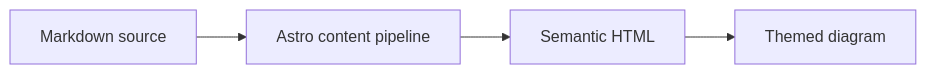
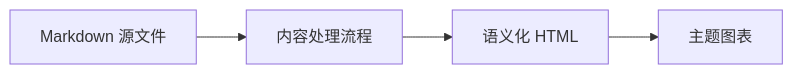
Before and after one commit to ynx-official/Shirone: the diagram in nuxt4/content/posts/markdown-extended.md, drawn with Mermaid. The commit also changed other lines of this file and 99 other files, not shown here.

````diff
--- a/nuxt4/content/posts/markdown-extended.md
+++ b/nuxt4/content/posts/markdown-extended.md
@@ -28,8 +29,8 @@
 ```mermaid
 flowchart LR
-    accTitle: Markdown rendering pipeline
-    accDescr: Markdown source is transformed into semantic HTML and then enhanced as a themed SVG diagram.
-    A[Markdown source] --> B[Astro content pipeline]
-    B --> C[Semantic HTML]
-    C --> D[Themed diagram]
+    accTitle: 内容渲染流程
+    accDescr: Markdown 经内容处理后生成 HTML，再按需增强图表。
+    A[Markdown 源文件] --> B[内容处理流程]
+    B --> C[语义化 HTML]
+    C --> D[主题图表]
 ```
````
